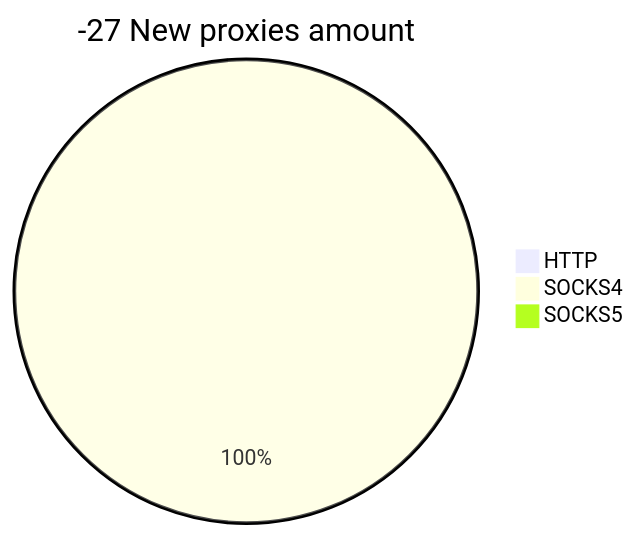
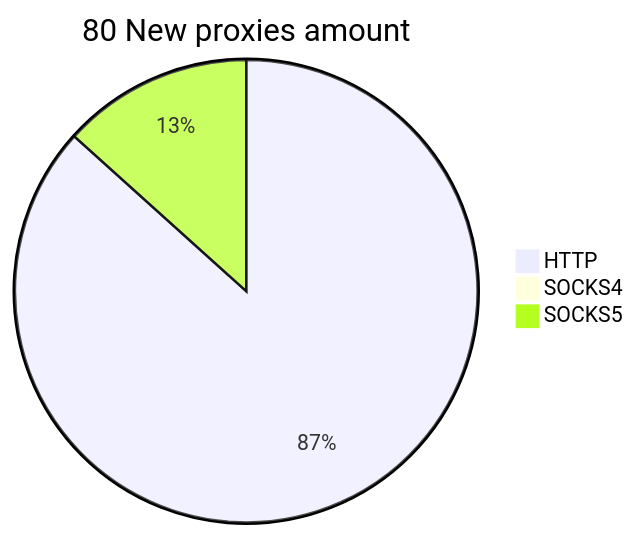
One commit to cutipu/proxylist changed the second of 2 diagrams in README.md. Above: the diagram before and after it, drawn with Mermaid. The commit also changed other lines of this file, not shown here.

````diff
--- a/README.md
+++ b/README.md
@@ -10,6 +10,6 @@
 ```mermaid
-pie title -27 New proxies amount
-    "HTTP" : 0
-    "SOCKS4" : 2
-    "SOCKS5" : 0
+pie title 80 New proxies amount
+    "HTTP" : 78
+    "SOCKS4" : 0
+    "SOCKS5" : 12
 ```
````
